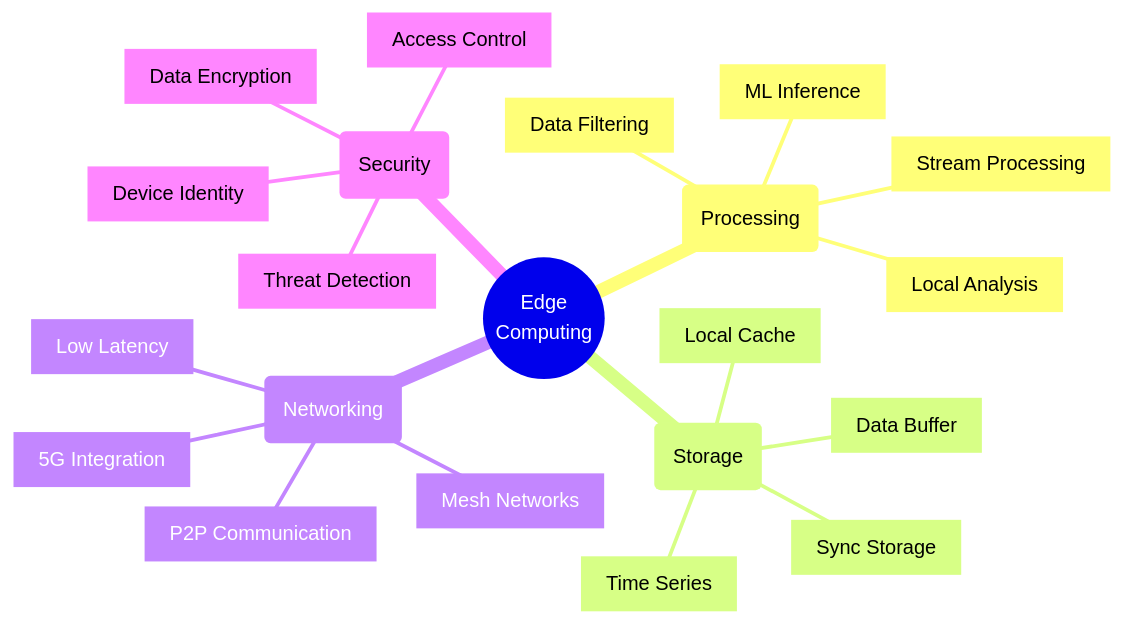
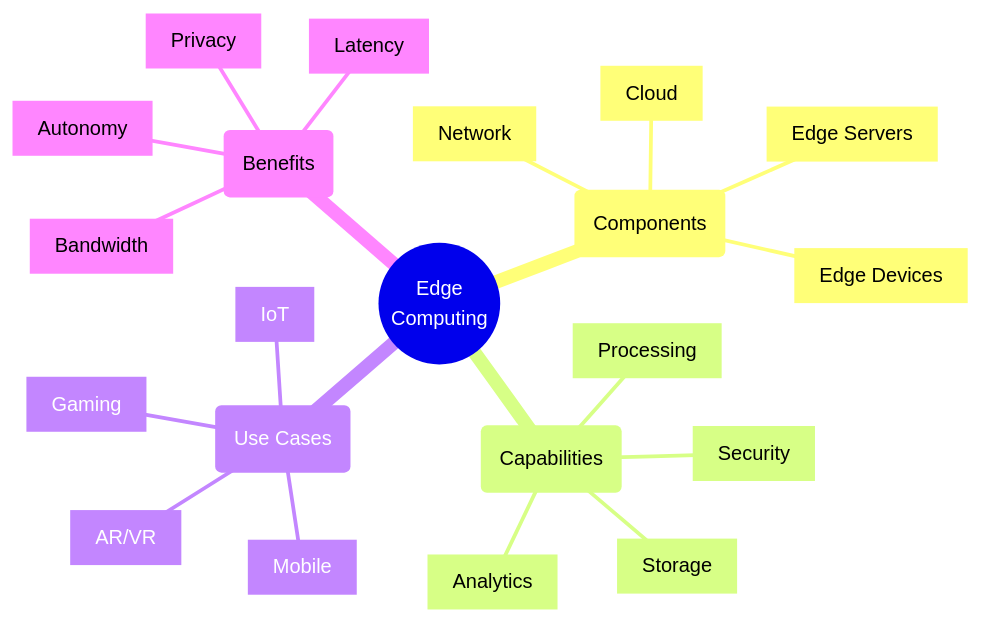
One commit to saravanakumarrc/Architecture_Journey changed the first of 3 diagrams in src/Edge_Computing_Architectures.md. Above: the diagram before and after it, drawn with Mermaid. The commit also changed other lines of this file and 6 other files, not shown here.

First line of the commit message:
Refactor observability documentation: streamline sections, enhance clarity, and update diagrams for better understanding of monitoring components and patterns.

````diff
--- a/src/Edge_Computing_Architectures.md
+++ b/src/Edge_Computing_Architectures.md
@@ -5,25 +3,25 @@
 ```mermaid
 mindmap
     root((Edge
         Computing))
-        (Processing)
-            [Data Filtering]
-            [Local Analysis]
-            [ML Inference]
-            [Stream Processing]
-        (Storage)
-            [Local Cache]
-            [Data Buffer]
-            [Sync Storage]
-            [Time Series]
-        (Networking)
-            [P2P Communication]
-            [Mesh Networks]
-            [5G Integration]
-            [Low Latency]
-        (Security)
-            [Device Identity]
-            [Data Encryption]
-            [Access Control]
-            [Threat Detection]
+        (Components)
+            [Edge Devices]
+            [Edge Servers]
+            [Network]
+            [Cloud]
+        (Capabilities)
+            [Processing]
+            [Storage]
+            [Analytics]
+            [Security]
+        (Use Cases)
+            [IoT]
+            [Mobile]
+            [Gaming]
+            [AR/VR]
+        (Benefits)
+            [Latency]
+            [Bandwidth]
+            [Privacy]
+            [Autonomy]
 ```
````
